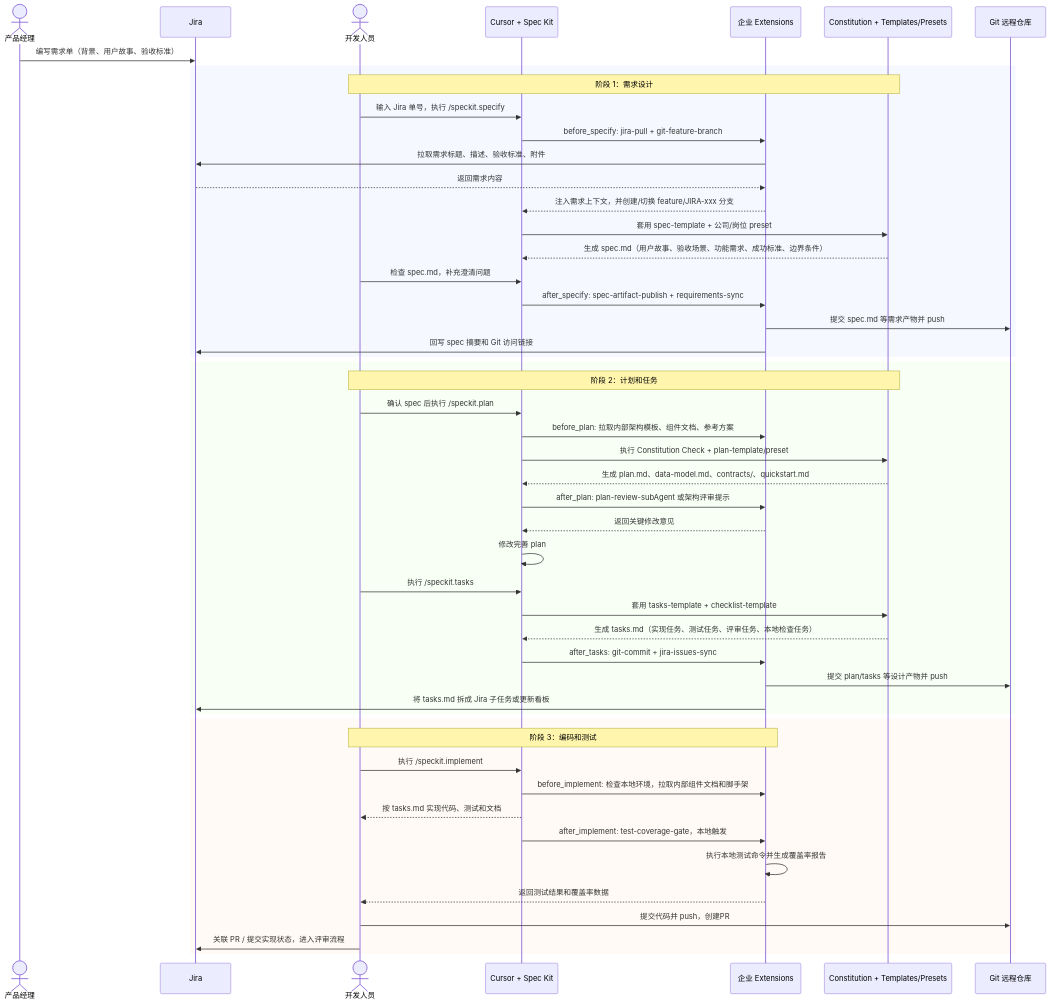
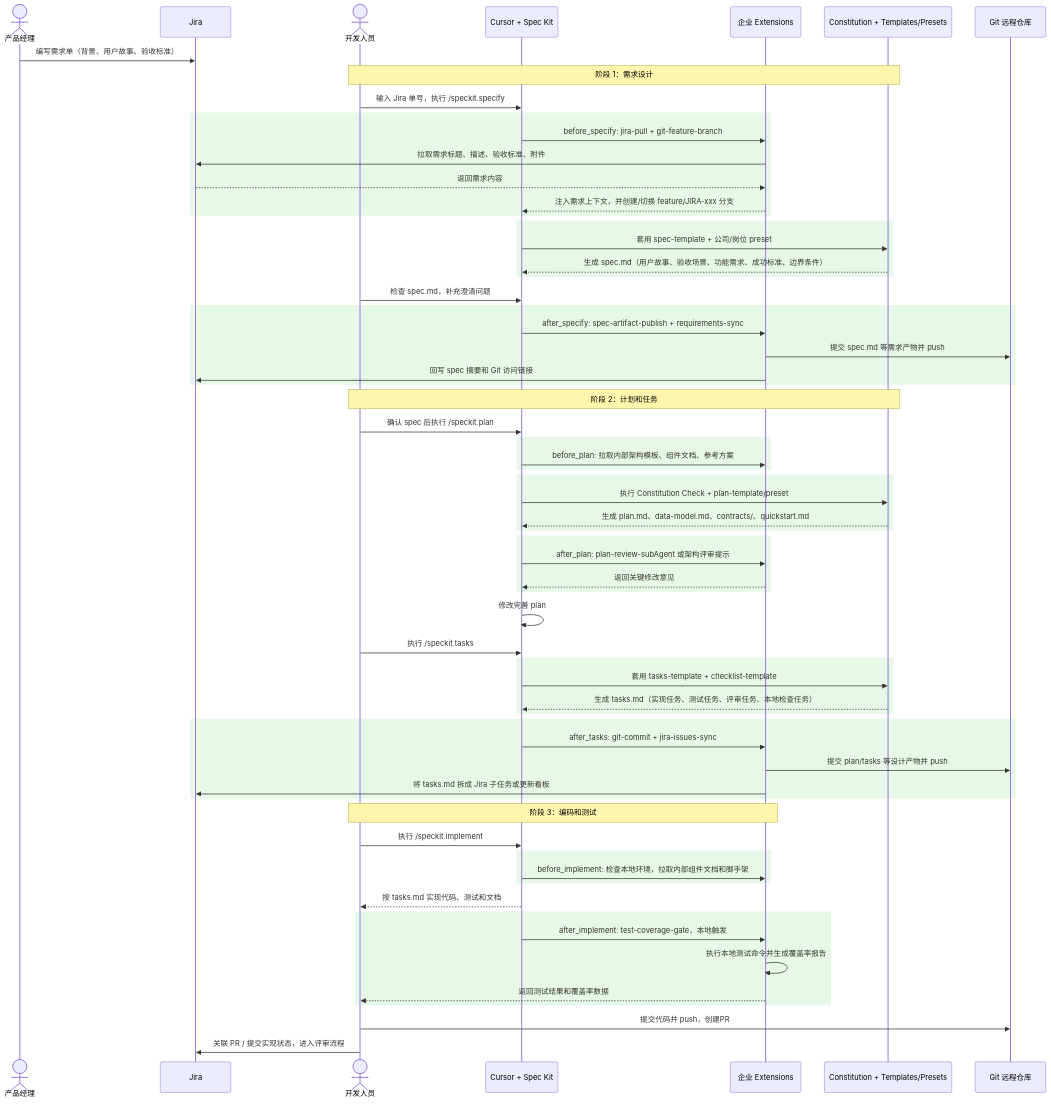
Before and after one commit to 9527dong/spec-kit: the first of 3 diagrams in docs/ai-coding-plan.md, drawn with Mermaid. The commit also changed other lines of this file, not shown here.

````diff
--- a/docs/ai-coding-plan.md
+++ b/docs/ai-coding-plan.md
@@ -11,56 +11,70 @@
 ```mermaid
 sequenceDiagram
     actor PM as 产品经理
     participant Jira as Jira
     actor Dev as 开发人员
     participant Cursor as Cursor + Spec Kit
     participant Ext as 企业 Extensions
     participant Templates as Constitution + Templates/Presets
     participant Git as Git 远程仓库
 
     PM->>Jira: 编写需求单（背景、用户故事、验收标准）
 
-    rect rgb(245, 248, 255)
     Note over Dev,Templates: 阶段 1：需求设计
     Dev->>Cursor: 输入 Jira 单号，执行 /speckit.specify
+    rect rgb(232, 248, 232)
     Cursor->>Ext: before_specify: jira-pull + git-feature-branch
     Ext->>Jira: 拉取需求标题、描述、验收标准、附件
     Jira-->>Ext: 返回需求内容
     Ext-->>Cursor: 注入需求上下文，并创建/切换 feature/JIRA-xxx 分支
+    end
+    rect rgb(232, 248, 232)
     Cursor->>Templates: 套用 spec-template + 公司/岗位 preset
     Templates-->>Cursor: 生成 spec.md（用户故事、验收场景、功能需求、成功标准、边界条件）
+    end
     Dev->>Cursor: 检查 spec.md，补充澄清问题
+    rect rgb(232, 248, 232)
     Cursor->>Ext: after_specify: spec-artifact-publish + requirements-sync
     Ext->>Git: 提交 spec.md 等需求产物并 push
     Ext->>Jira: 回写 spec 摘要和 Git 访问链接
     end
 
-    rect rgb(248, 255, 245)
     Note over Dev,Templates: 阶段 2：计划和任务
     Dev->>Cursor: 确认 spec 后执行 /speckit.plan
+    rect rgb(232, 248, 232)
     Cursor->>Ext: before_plan: 拉取内部架构模板、组件文档、参考方案
+    end
+    rect rgb(232, 248, 232)
     Cursor->>Templates: 执行 Constitution Check + plan-template/preset
     Templates-->>Cursor: 生成 plan.md、data-model.md、contracts/、quickstart.md
+    end
+    rect rgb(232, 248, 232)
     Cursor->>Ext: after_plan: plan-review-subAgent 或架构评审提示
     Ext-->>Cursor: 返回关键修改意见
+    end
     Cursor->>Cursor: 修改完善 plan
     Dev->>Cursor: 执行 /speckit.tasks
+    rect rgb(232, 248, 232)
     Cursor->>Templates: 套用 tasks-template + checklist-template
     Templates-->>Cursor: 生成 tasks.md（实现任务、测试任务、评审任务、本地检查任务）
+    end
+    rect rgb(232, 248, 232)
     Cursor->>Ext: after_tasks: git-commit + jira-issues-sync
     Ext->>Git: 提交 plan/tasks 等设计产物并 push
     Ext->>Jira: 将 tasks.md 拆成 Jira 子任务或更新看板
     end
 
-    rect rgb(255, 250, 245)
     Note over Dev,Ext: 阶段 3：编码和测试
     Dev->>Cursor: 执行 /speckit.implement
+    rect rgb(232, 248, 232)
     Cursor->>Ext: before_implement: 检查本地环境，拉取内部组件文档和脚手架
+    end
     Cursor-->>Dev: 按 tasks.md 实现代码、测试和文档
+    rect rgb(232, 248, 232)
     Cursor->>Ext: after_implement: test-coverage-gate，本地触发
     Ext->>Ext: 执行本地测试命令并生成覆盖率报告
     Ext-->>Dev: 返回测试结果和覆盖率数据
+    end
     Dev->>Git: 提交代码并 push，创建PR
     Dev->>Jira: 关联 PR / 提交实现状态，进入评审流程
-    end
 ```
````
